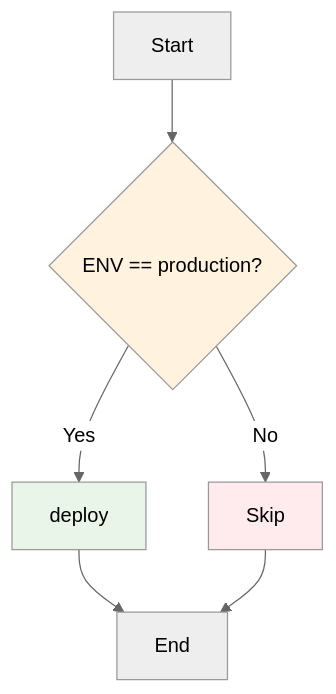
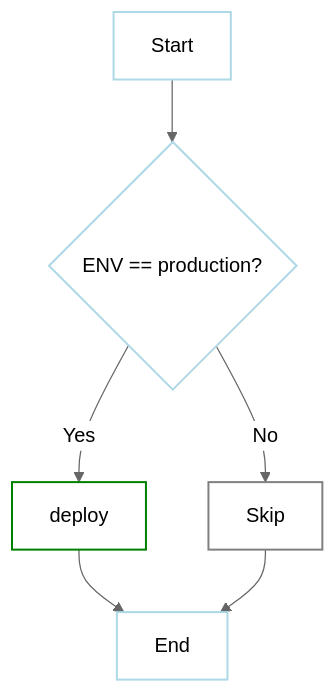
One commit to dagu-org/dagu changed the fifth of 8 diagrams in docs-next/writing-workflows/examples/index.md. Above: the diagram before and after it, drawn with Mermaid (neutral theme). The commit also changed other lines of this file and 2 other files, not shown here.

````diff
--- a/docs-next/writing-workflows/examples/index.md
+++ b/docs-next/writing-workflows/examples/index.md
@@ -175,12 +177,14 @@
 ```mermaid
 flowchart TD
     A[Start] --> B{ENV == production?}
     B -->|Yes| C[deploy]
     B -->|No| D[Skip]
     C --> E[End]
     D --> E
     
-    style B fill:#fff3e0
-    style C fill:#e8f5e8
-    style D fill:#ffebee
+    style A fill:white,stroke:lightblue,stroke-width:1.6px
+    style B fill:white,stroke:lightblue,stroke-width:1.6px
+    style C fill:white,stroke:green,stroke-width:1.6px
+    style D fill:white,stroke:gray,stroke-width:1.6px
+    style E fill:white,stroke:lightblue,stroke-width:1.6px
 ```
````
